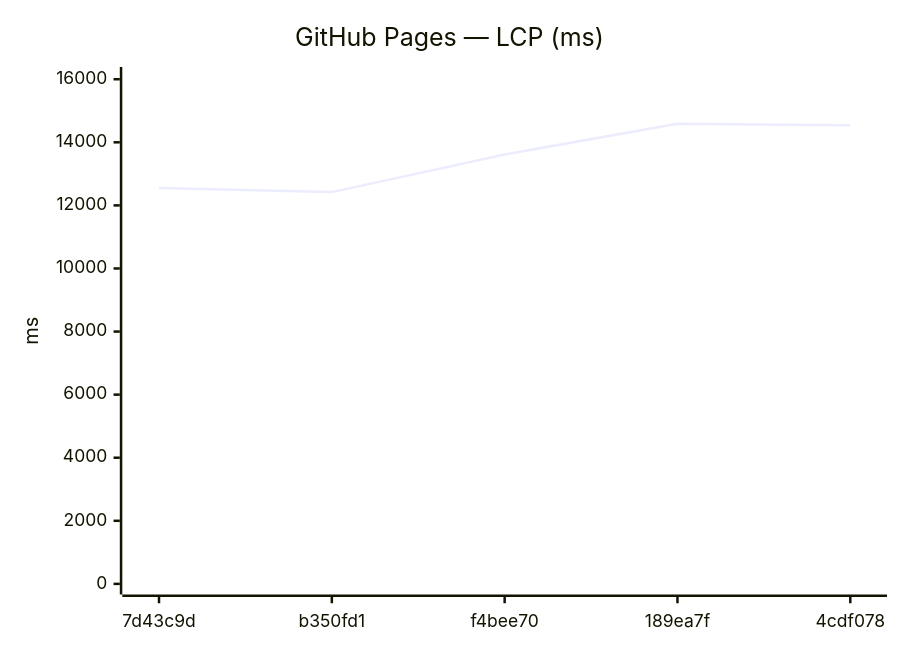
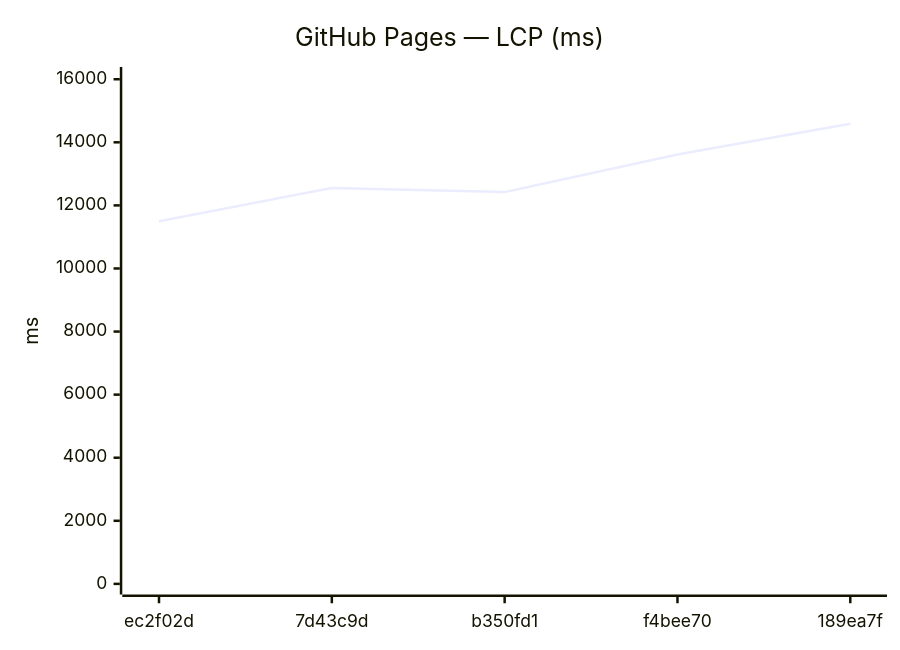
Before and after one commit to Metaheurist/Rianell: the ninth of 18 diagrams in benchmarks/compare.md, drawn with Mermaid. The commit also changed other lines of this file and 11 other files, not shown here.

````diff
--- a/benchmarks/compare.md
+++ b/benchmarks/compare.md
@@ -142,7 +142,7 @@
 ```mermaid
 xychart-beta
     title "GitHub Pages — LCP (ms)"
-    x-axis ["7d43c9d", "b350fd1", "f4bee70", "189ea7f", "4cdf078"]
+    x-axis ["ec2f02d", "7d43c9d", "b350fd1", "f4bee70", "189ea7f"]
     y-axis "ms" 0 --> 16051
-    line [12552, 12421, 13612, 14591, 14540]
+    line [11500, 12552, 12421, 13612, 14591]
 ```
````
